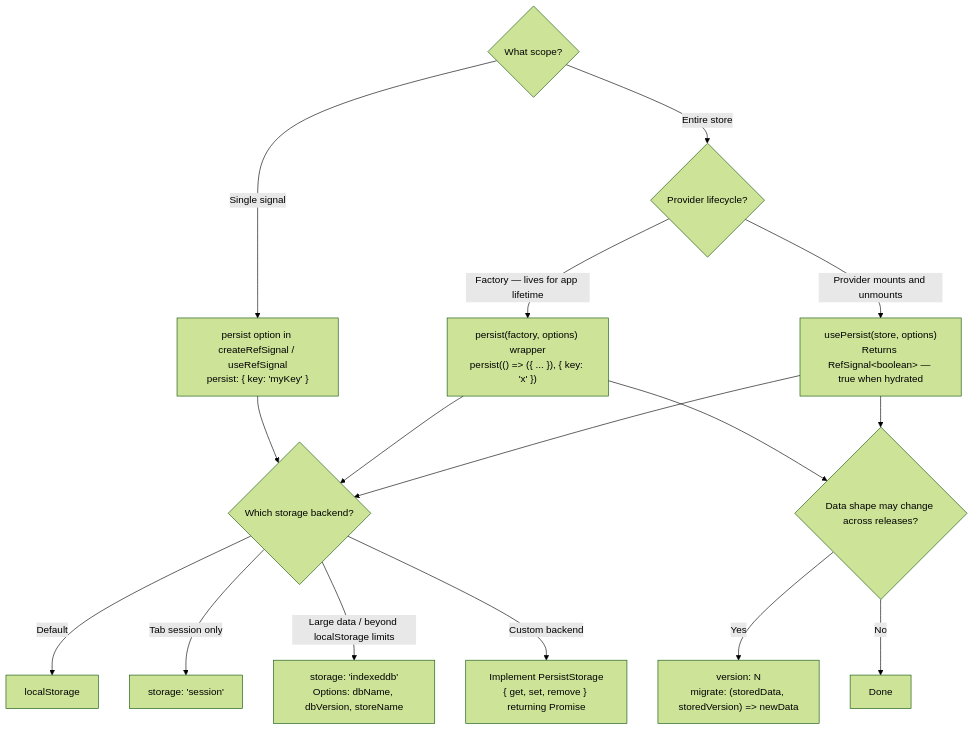
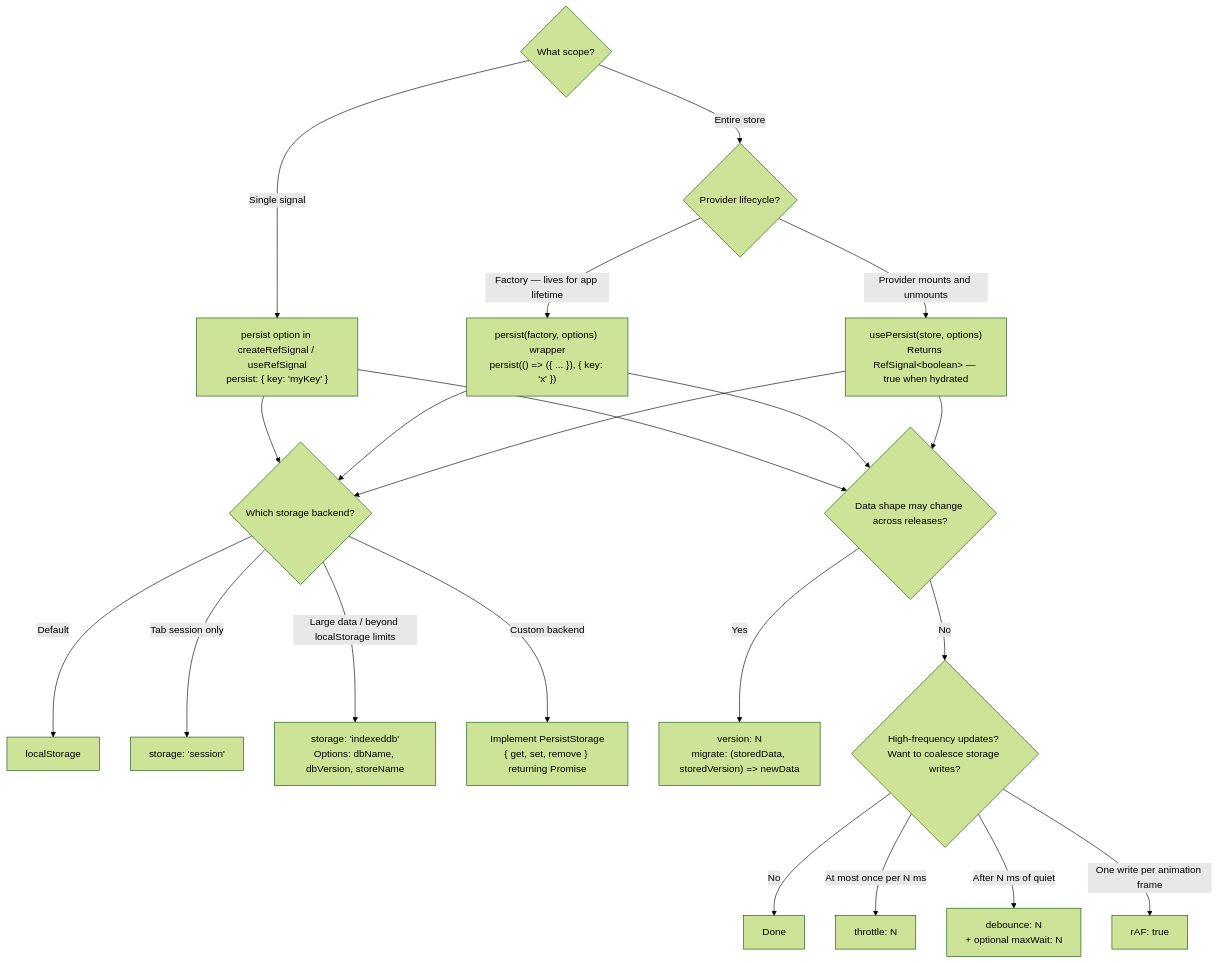
One commit to jav974/react-refsignal changed the eighth of 9 diagrams in docs/decision-tree.md. Above: the diagram before and after it, drawn with Mermaid (forest theme). The commit also changed other lines of this file and 6 other files, not shown here.

````diff
--- a/docs/decision-tree.md
+++ b/docs/decision-tree.md
@@ -156,20 +156,26 @@
 ```mermaid
 flowchart TD
     Q1{"What scope?"}
 
     Q1 -->|Single signal| A["persist option in createRefSignal / useRefSignal\npersist: { key: 'myKey' }"]
     Q1 -->|Entire store| Q2{"Provider lifecycle?"}
 
     Q2 -->|"Factory — lives for app lifetime"| B["persist(factory, options) wrapper\npersist(() => ({ ... }), { key: 'x' })"]
     Q2 -->|Provider mounts and unmounts| C["usePersist(store, options)\nReturns RefSignal&lt;boolean&gt; — true when hydrated"]
 
     A & B & C --> Q3{"Which storage backend?"}
     Q3 -->|Default| D["localStorage"]
     Q3 -->|Tab session only| E["storage: 'session'"]
     Q3 -->|"Large data / beyond localStorage limits"| F["storage: 'indexeddb'\nOptions: dbName, dbVersion, storeName"]
     Q3 -->|Custom backend| G["Implement PersistStorage\n{ get, set, remove } returning Promise"]
 
-    B & C --> Q4{"Data shape may change across releases?"}
+    A & B & C --> Q4{"Data shape may change across releases?"}
     Q4 -->|Yes| H["version: N\nmigrate: (storedData, storedVersion) => newData"]
-    Q4 -->|No| I[Done]
+    Q4 -->|No| Q5
+
+    Q5{"High-frequency updates? Want to coalesce storage writes?"}
+    Q5 -->|No| I[Done]
+    Q5 -->|"At most once per N ms"| J["throttle: N"]
+    Q5 -->|"After N ms of quiet"| K["debounce: N\n+ optional maxWait: N"]
+    Q5 -->|"One write per animation frame"| L["rAF: true"]
 ```
````
